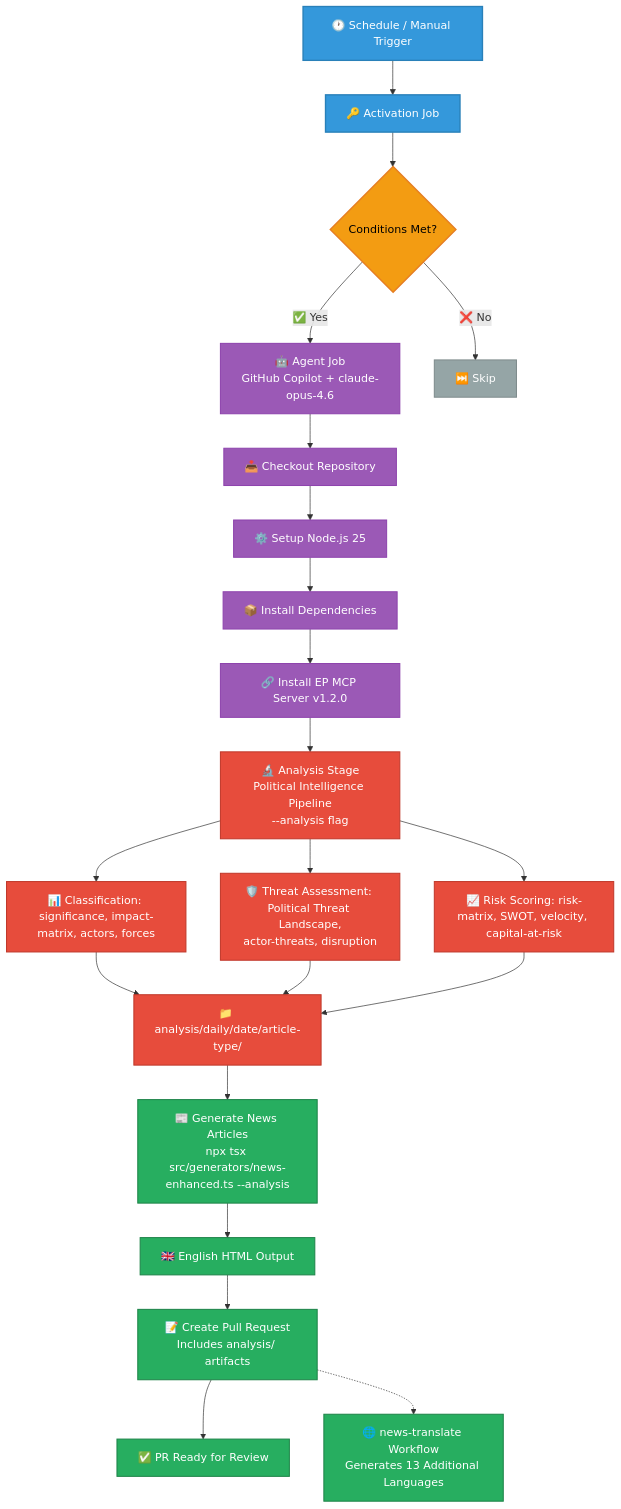
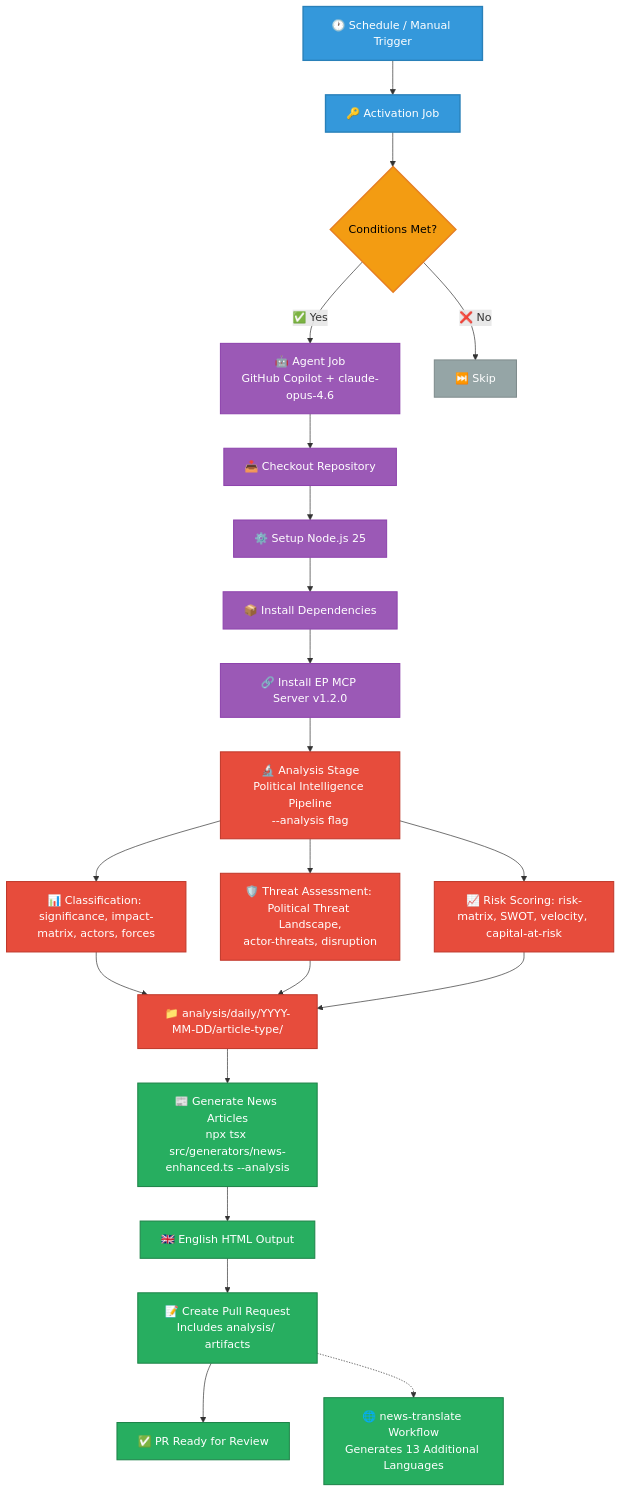
The third of 21 diagrams in WORKFLOWS.md (Hack23/euparliamentmonitor), drawn with Mermaid before and after one commit. The commit also changed 3 other files, not shown here.

First line of the commit message:
Address review comments: fix placeholder labels and HTML entities in mermaid diagrams

````diff
--- a/WORKFLOWS.md
+++ b/WORKFLOWS.md
@@ -246,37 +246,37 @@
 ```mermaid
 graph TD
     A[🕐 Schedule / Manual Trigger] --> B[🔑 Activation Job]
     B --> C{Conditions Met?}
     C -->|✅ Yes| D[🤖 Agent Job<br/>GitHub Copilot + claude-opus-4.6]
     C -->|❌ No| E[⏭️ Skip]
     D --> F[📥 Checkout Repository]
     F --> G[⚙️ Setup Node.js 25]
     G --> H[📦 Install Dependencies]
     H --> I[🔗 Install EP MCP Server v1.2.0]
     I --> J1[🔬 Analysis Stage<br/>Political Intelligence Pipeline<br/>--analysis flag]
     J1 --> J1a[📊 Classification: significance, impact-matrix, actors, forces]
     J1 --> J1b[🛡️ Threat Assessment: Political Threat Landscape,<br/>actor-threats, disruption]
     J1 --> J1c[📈 Risk Scoring: risk-matrix, SWOT, velocity, capital-at-risk]
-    J1a --> J1d["📁 analysis/daily/date/article-type/"]
+    J1a --> J1d["📁 analysis/daily/YYYY-MM-DD/article-type/"]
     J1b --> J1d
     J1c --> J1d
     J1d --> J[📰 Generate News Articles<br/>npx tsx src/generators/news-enhanced.ts --analysis]
     J --> K[🇬🇧 English HTML Output]
     K --> L[📝 Create Pull Request<br/>Includes analysis/ artifacts]
     L --> M[✅ PR Ready for Review]
     L -.-> N[🌐 news-translate Workflow<br/>Generates 13 Additional Languages]
 
     classDef trigger fill:#3498db,stroke:#2980b9,stroke-width:2px,color:white
     classDef process fill:#9b59b6,stroke:#8e44ad,stroke-width:1.5px,color:white
     classDef decision fill:#f39c12,stroke:#e67e22,stroke-width:2px,color:black
     classDef skip fill:#95a5a6,stroke:#7f8c8d,stroke-width:1.5px,color:white
     classDef analysis fill:#e74c3c,stroke:#c0392b,stroke-width:1.5px,color:white
     classDef output fill:#27ae60,stroke:#1e8449,stroke-width:1.5px,color:white
 
     class A,B trigger
     class D,F,G,H,I process
     class C decision
     class E skip
     class J1,J1a,J1b,J1c,J1d analysis
     class J,K,L,M,N output
 ```
````
